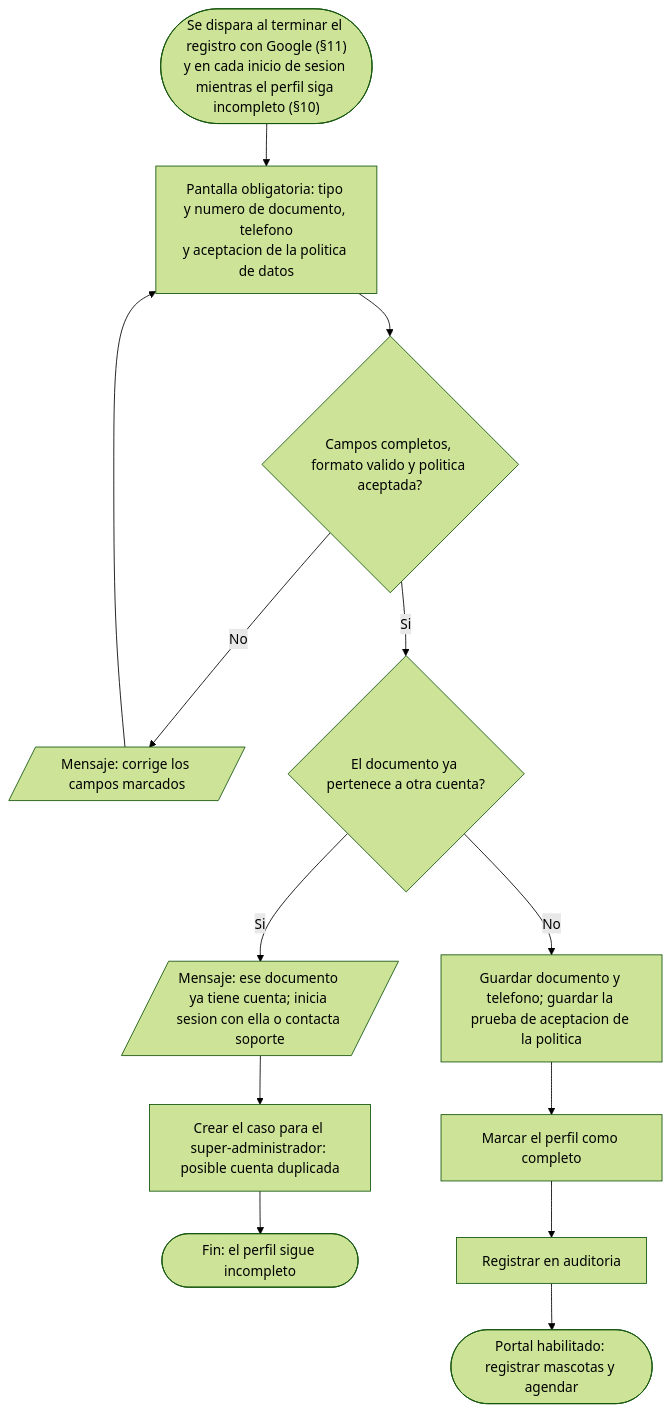
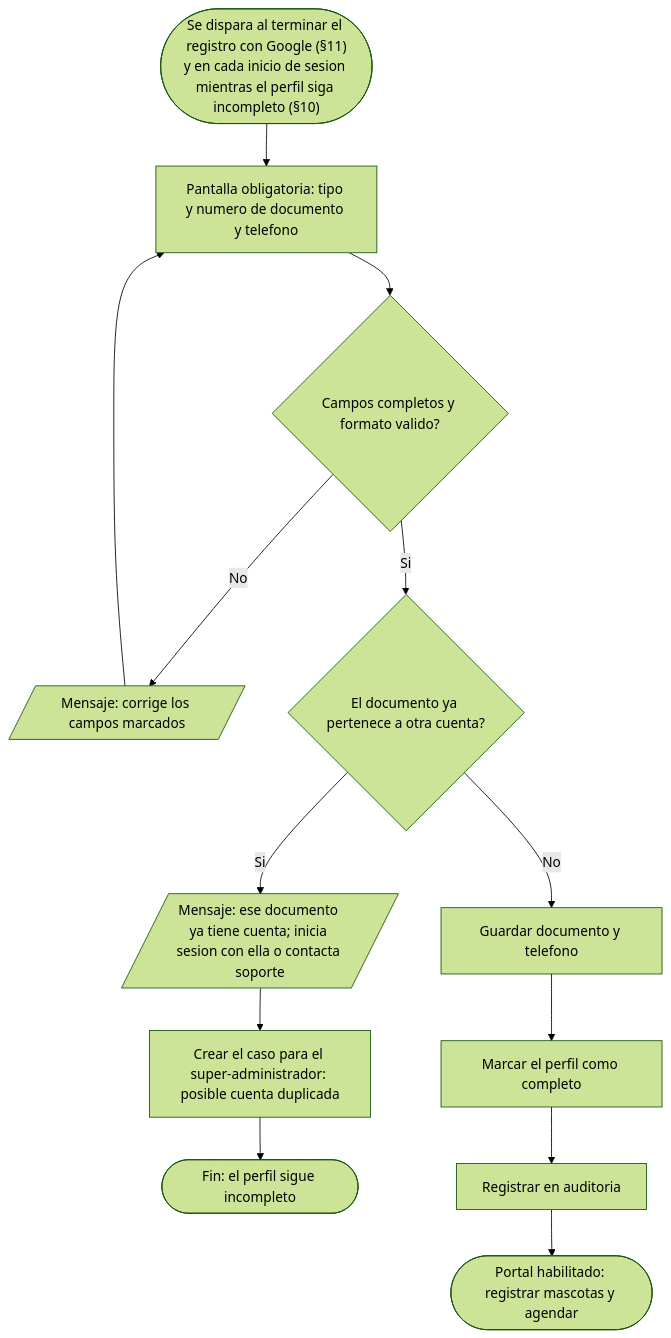
Before and after one commit to carvajal7lsch-commits/Zooki: diagram 19 of 22 in documentacion/Modelos.md, drawn with Mermaid (forest theme). The commit also changed other lines of this file and 35 other files, not shown here.

````diff
--- a/documentacion/Modelos.md
+++ b/documentacion/Modelos.md
@@ -734,15 +731,15 @@
 ```mermaid
 flowchart TD
-  A(["Se dispara al terminar el registro con Google (§11)<br/>y en cada inicio de sesion mientras el perfil siga incompleto (§10)"]) --> B["Pantalla obligatoria: tipo y numero de documento, telefono<br/>y aceptacion de la politica de datos"]
-  B --> C{"Campos completos, formato valido y politica aceptada?"}
+  A(["Se dispara al terminar el registro con Google (§11)<br/>y en cada inicio de sesion mientras el perfil siga incompleto (§10)"]) --> B["Pantalla obligatoria: tipo y numero de documento y telefono"]
+  B --> C{Campos completos y formato valido?}
   C -- No --> C1[/"Mensaje: corrige los campos marcados"/]
   C1 --> B
   C -- Si --> D{El documento ya pertenece a otra cuenta?}
   D -- Si --> D1[/"Mensaje: ese documento ya tiene cuenta; inicia sesion con ella o contacta soporte"/]
   D1 --> D2[Crear el caso para el super-administrador: posible cuenta duplicada]
   D2 --> ZF([Fin: el perfil sigue incompleto])
-  D -- No --> E[Guardar documento y telefono; guardar la prueba de aceptacion de la politica]
+  D -- No --> E[Guardar documento y telefono]
   E --> F[Marcar el perfil como completo]
   F --> G[Registrar en auditoria]
   G --> H([Portal habilitado: registrar mascotas y agendar])
 ```
````
